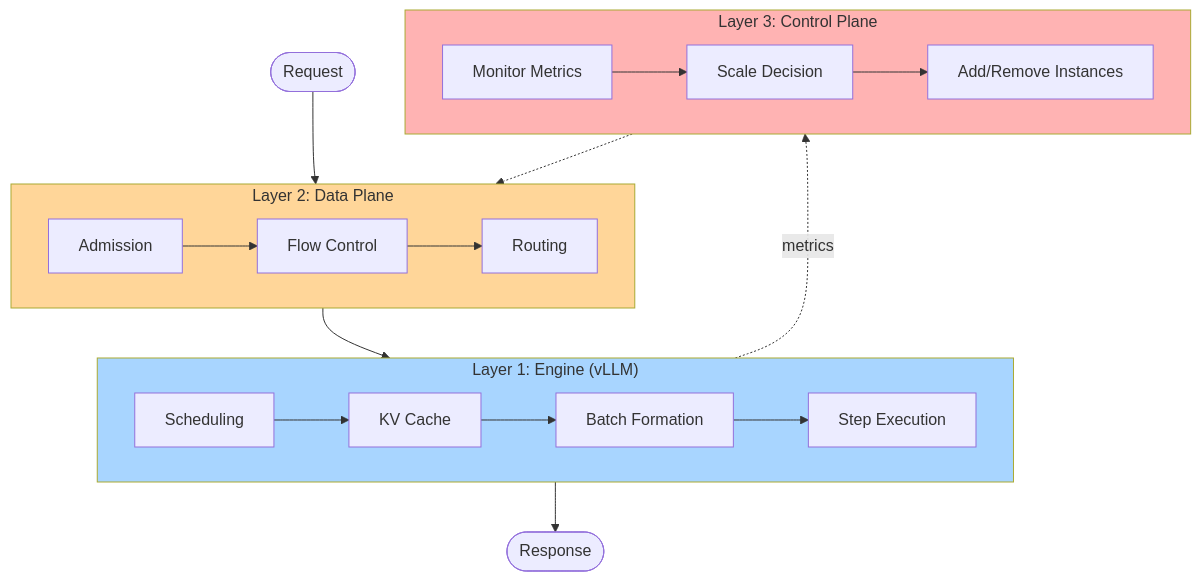
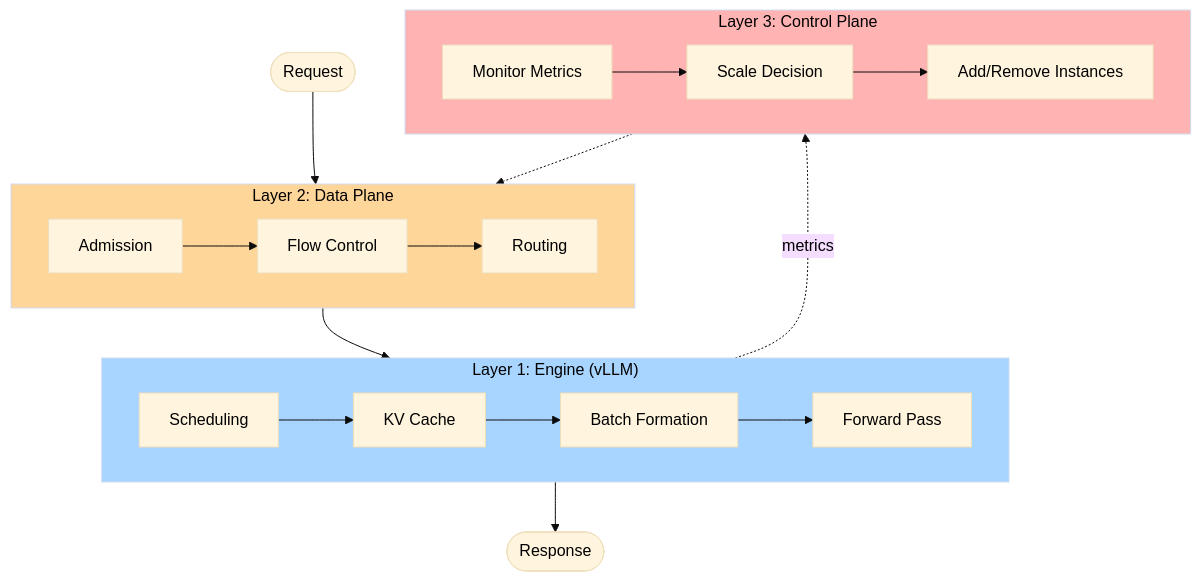
Before and after one commit to inference-sim/inference-sim: the diagram in docs/blog/posts/building-trust-physics-of-simulation.md, drawn with Mermaid. The commit also changed other lines of this file and 12 other files, not shown here.

````diff
--- a/docs/blog/posts/building-trust-physics-of-simulation.md
+++ b/docs/blog/posts/building-trust-physics-of-simulation.md
@@ -47,34 +48,35 @@
 ```mermaid
+%%{init: {'theme':'base', 'themeVariables': {'primaryTextColor':'#000','secondaryTextColor':'#000','tertiaryTextColor':'#000','textColor':'#000','labelTextColor':'#000','clusterBkg':'#a8d5ff','altBackground':'#ffd699'}}}%%
 flowchart TB
     subgraph Layer1["Layer 1: Engine (vLLM)"]
         Sched[Scheduling]
         KV[KV Cache]
         Batch[Batch Formation]
-        Step[Step Execution]
+        Step[Forward Pass]
         Sched --> KV --> Batch --> Step
     end
 
     subgraph Layer2["Layer 2: Data Plane"]
         Admit[Admission]
         Route[Routing]
         Flow[Flow Control]
         Admit --> Flow --> Route
     end
 
     subgraph Layer3["Layer 3: Control Plane"]
         Monitor[Monitor Metrics]
         Decide[Scale Decision]
         Actuate[Add/Remove Instances]
         Monitor --> Decide --> Actuate
     end
 
     Request([Request]) --> Layer2
     Layer2 --> Layer1
     Layer1 --> Response([Response])
     Layer3 -.-> Layer2
     Layer1 -.->|metrics| Layer3
 
     style Layer1 fill:#a8d5ff
     style Layer2 fill:#ffd699
     style Layer3 fill:#ffb3b3
 ```
````
